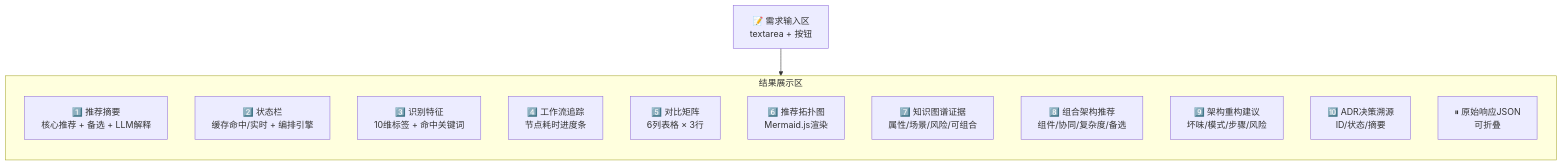
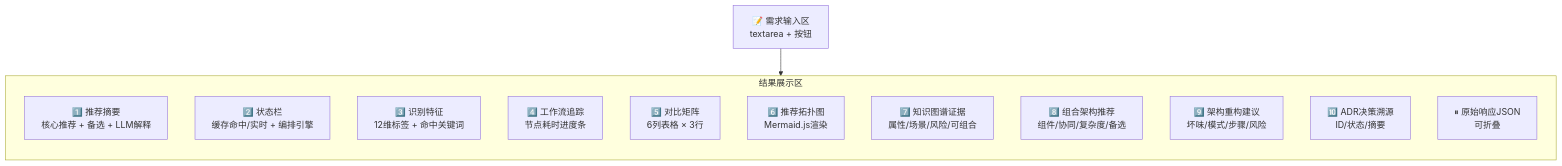
One commit to zbhzbhzbh11/architecture-assistant changed the fifth of 5 diagrams in docs/02-架构设计文档.md. Above: the diagram before and after it, drawn with Mermaid. The commit also changed other lines of this file and 55 other files, not shown here.

````diff
--- a/docs/02-架构设计文档.md
+++ b/docs/02-架构设计文档.md
@@ -1022,21 +1083,21 @@
 ```mermaid
 graph TB
     Input["📝 需求输入区<br/>textarea + 按钮"]
 
     subgraph "结果展示区"
         direction TB
         B1["1️⃣ 推荐摘要<br/>核心推荐 + 备选 + LLM解释"]
         B2["2️⃣ 状态栏<br/>缓存命中/实时 + 编排引擎"]
-        B3["3️⃣ 识别特征<br/>10维标签 + 命中关键词"]
+        B3["3️⃣ 识别特征<br/>12维标签 + 命中关键词"]
         B4["4️⃣ 工作流追踪<br/>节点耗时进度条"]
         B5["5️⃣ 对比矩阵<br/>6列表格 × 3行"]
         B6["6️⃣ 推荐拓扑图<br/>Mermaid.js渲染"]
         B7["7️⃣ 知识图谱证据<br/>属性/场景/风险/可组合"]
         B8["8️⃣ 组合架构推荐<br/>组件/协同/复杂度/备选"]
         B9["9️⃣ 架构重构建议<br/>坏味/模式/步骤/风险"]
         B10["🔟 ADR决策溯源<br/>ID/状态/摘要"]
         B11["⏸ 原始响应JSON<br/>可折叠"]
     end
 
     Input --> B1
 ```
````
